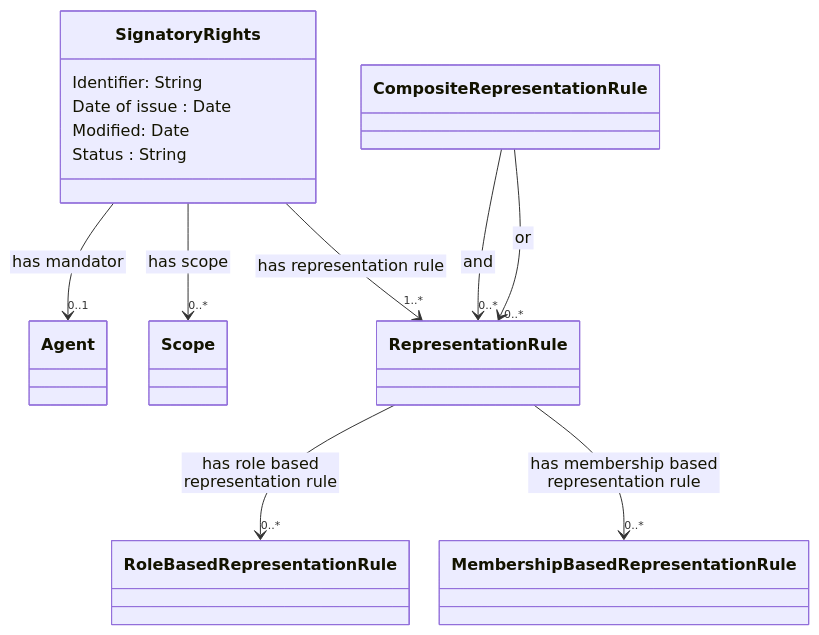
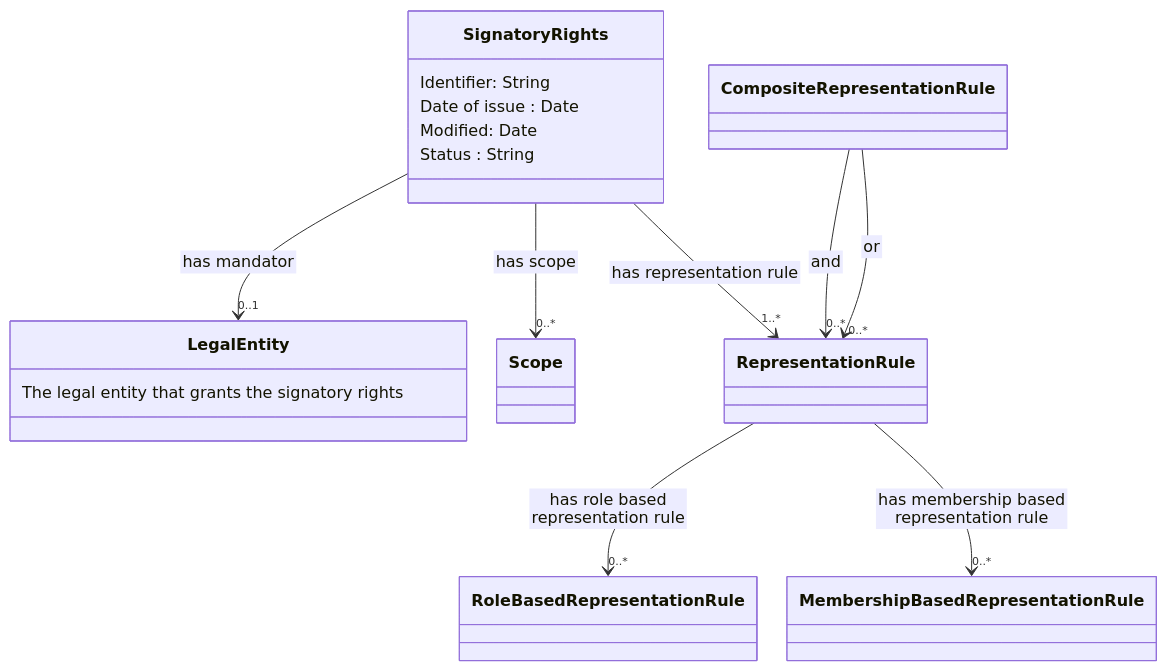
The diagram in README.md (nordicsmartgovernment/Nordic-Signatory-Rights-Model), drawn with Mermaid before and after one commit.

````diff
--- a/README.md
+++ b/README.md
@@ -22,34 +22,35 @@
 ```mermaid
  %%{init:{'flowchart':{'nodeSpacing': 30, 'rankSpacing': 95, 'htmlLabels': false}}}%%
     classDiagram
        
         class Signatory Rights {
             Identifier: String
             Date of issue : Date
             Modified: Date
             Status : String
         }
 
-        Signatory Rights --> "0..1" Agent : has mandator
+        Signatory Rights --> "0..1" Legal Entity : has mandator
         Signatory Rights --> "0..*" Scope : has scope
         Signatory Rights --> "1..*" Representation Rule : has representation rule
 
-        class Agent {
+        class Legal Entity {
+           The legal entity that grants the signatory rights
         }
 
         class Representation Rule {
         }
 
         Representation Rule  --> "0..*" Role Based Representation Rule : has role based representation rule
         Representation Rule --> "0..*" Membership Based Representation Rule : has membership based representation rule
 
         class Composite Representation Rule {
         }
 
         Composite Representation Rule --> "0..*" Representation Rule : and
         Composite Representation Rule --> "0..*" Representation Rule : or
 
         class Scope {
         }
 
 ```
````
